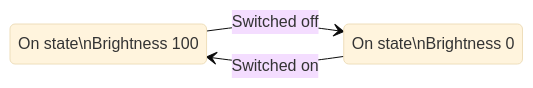
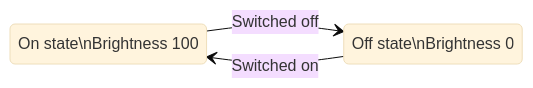
Before and after one commit to sanworks/Bpod_Wiki: the diagram in docs/user-guide/state-machine-concept.md, drawn with Mermaid (base theme). The commit also changed other lines of this file and 1 other file, not shown here.

````diff
--- a/docs/user-guide/state-machine-concept.md
+++ b/docs/user-guide/state-machine-concept.md
@@ -12,8 +12,8 @@
 ```mermaid
 stateDiagram
 direction LR
 onstate: On state\nBrightness 100
-offstate: On state\nBrightness 0
+offstate: Off state\nBrightness 0
 onstate --> offstate: Switched off
 offstate --> onstate: Switched on
 ```
````
